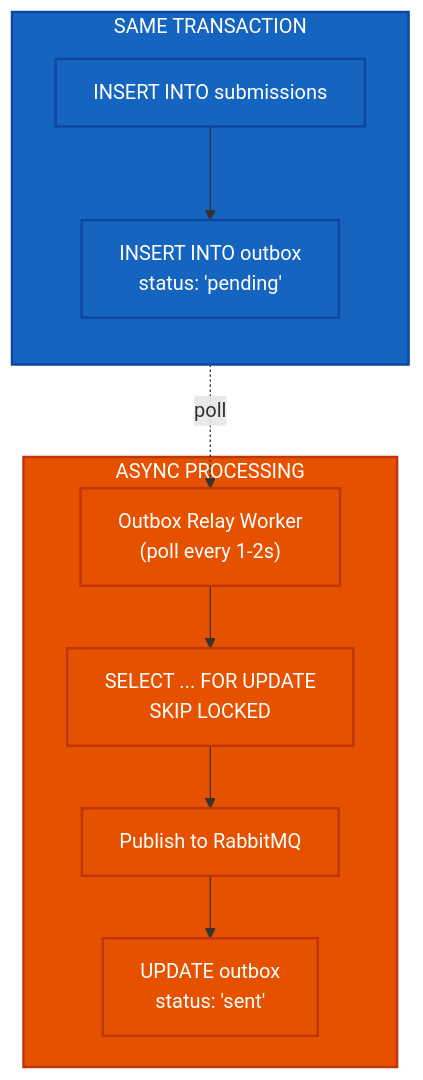
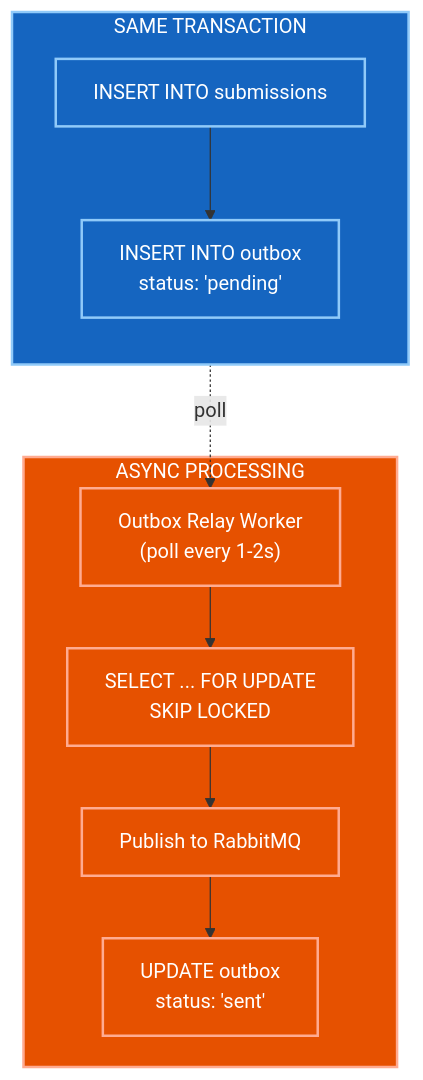
The sixth of 12 diagrams in docs/capstone/diagrams/flow-diagrams.vi.md (nghyane/VSTEP), drawn with Mermaid before and after one commit. The commit also changed other lines of this file, not shown here.

First line of the commit message:
fix(docs): optimize diagram colors for dark/light mode compatibility

````diff
--- a/docs/capstone/diagrams/flow-diagrams.vi.md
+++ b/docs/capstone/diagrams/flow-diagrams.vi.md
@@ -296,24 +296,24 @@
 ```mermaid
 flowchart TB
     subgraph Transaction["SAME TRANSACTION"]
         direction TB
         Sub["INSERT INTO submissions"]
         Outbox["INSERT INTO outbox<br/>status: 'pending'"]
     end
 
     subgraph Async["ASYNC PROCESSING"]
         Relay["Outbox Relay Worker<br/>(poll every 1-2s)"]
         Lock["SELECT ... FOR UPDATE<br/>SKIP LOCKED"]
         Publish["Publish to RabbitMQ"]
         Confirm["UPDATE outbox<br/>status: 'sent'"]
     end
 
     Sub --> Outbox
     Outbox -.->|"poll"| Relay --> Lock --> Publish --> Confirm
 
-    classDef trans fill:#1565c0,stroke:#0d47a1,stroke-width:2px,color:#fff
-    classDef async fill:#e65100,stroke:#bf360c,stroke-width:2px,color:#fff
+    classDef trans fill:#1565c0,stroke:#90caf9,stroke-width:2px,color:#fff
+    classDef async fill:#e65100,stroke:#ffab91,stroke-width:2px,color:#fff
 
     class Transaction,Sub,Outbox trans
     class Async,Relay,Lock,Publish,Confirm async
 ```
````
